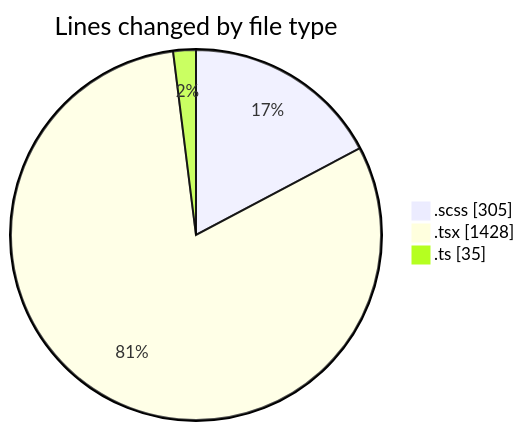
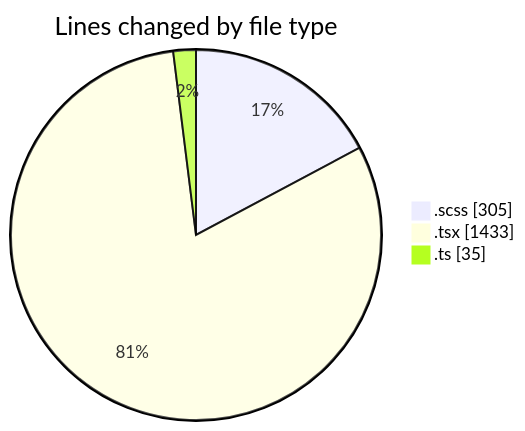
The first of 2 diagrams in 2025-03-04/cda/README.md (momahboobian/code-tracking), drawn with Mermaid before and after one commit. The commit also changed other lines of this file and 1 other file, not shown here.

````diff
--- a/2025-03-04/cda/README.md
+++ b/2025-03-04/cda/README.md
@@ -31,7 +31,7 @@
 ```mermaid
 pie showData
 title Lines changed by file type
 ".scss" : 305
-".tsx" : 1428
+".tsx" : 1433
 ".ts" : 35
 ```
````
